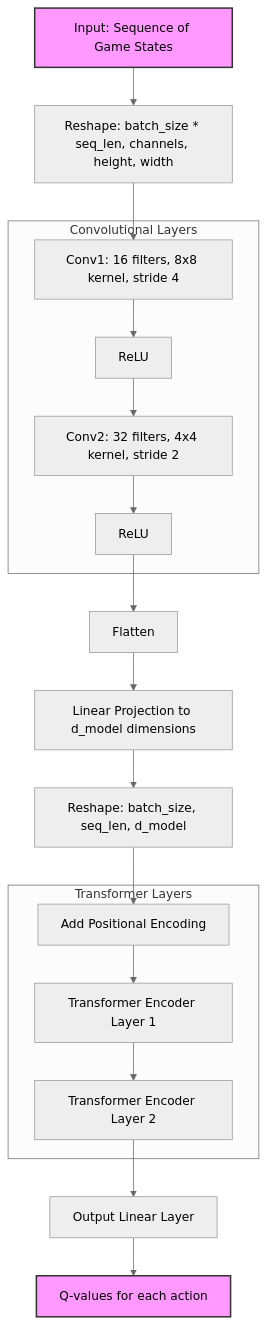
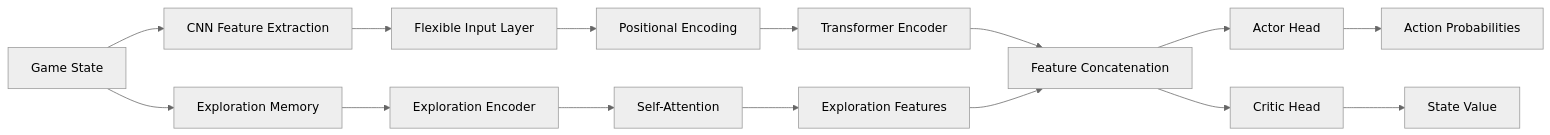
One commit to AoifeHughes/PoliwhiRL changed the second of 2 diagrams in README.md. Above: the diagram before and after it, drawn with Mermaid (neutral theme). The commit also changed other lines of this file and 2 other files, not shown here.

Commit message:
Add comprehensive architecture documentation and enhance README for clarity on features and usage

````diff
--- a/README.md
+++ b/README.md
@@ -239,32 +246,23 @@
 ```mermaid
-graph TD
-    A[Input: Sequence of Game States] --> B[Reshape: batch_size * seq_len, channels, height, width]
-    B --> C[Conv1: 16 filters, 8x8 kernel, stride 4]
-    C --> D[ReLU]
-    D --> E[Conv2: 32 filters, 4x4 kernel, stride 2]
-    E --> F[ReLU]
-    F --> G[Flatten]
-    G --> H[Linear Projection to d_model dimensions]
-    H --> I[Reshape: batch_size, seq_len, d_model]
-    I --> J[Add Positional Encoding]
-    J --> K[Transformer Encoder Layer 1]
-    K --> L[Transformer Encoder Layer 2]
-    L --> M[Output Linear Layer]
-    M --> N[Q-values for each action]
-
-    subgraph "Convolutional Layers"
-        C
-        D
-        E
-        F
-    end
-
-    subgraph "Transformer Layers"
-        J
-        K
-        L
-    end
-
-    style A fill:#f9f,stroke:#333,stroke-width:2px
-    style N fill:#f9f,stroke:#333,stroke-width:2px
+graph LR
+    A[Game State] --> B[CNN Feature Extraction]
+    A --> C[Exploration Memory]
+    
+    B --> D[Flexible Input Layer]
+    C --> E[Exploration Encoder]
+    
+    D --> F[Positional Encoding]
+    E --> G[Self-Attention]
+    
+    F --> H[Transformer Encoder]
+    G --> I[Exploration Features]
+    
+    H --> J[Feature Concatenation]
+    I --> J
+    
+    J --> K[Actor Head]
+    J --> L[Critic Head]
+    
+    K --> M[Action Probabilities]
+    L --> N[State Value]
 ```
````
